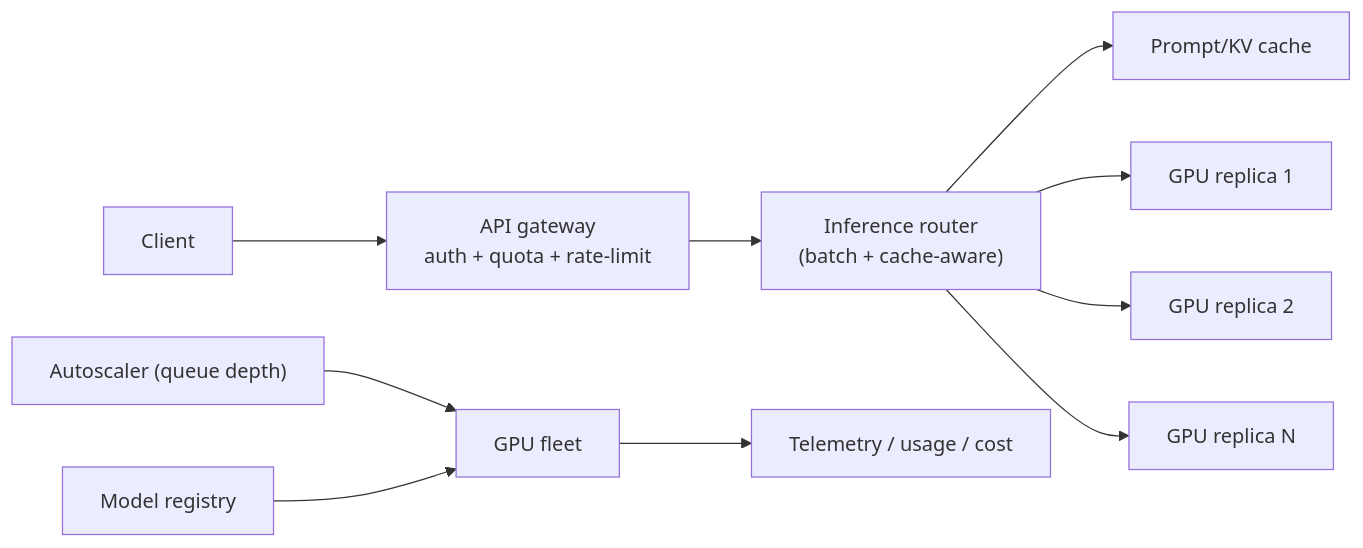
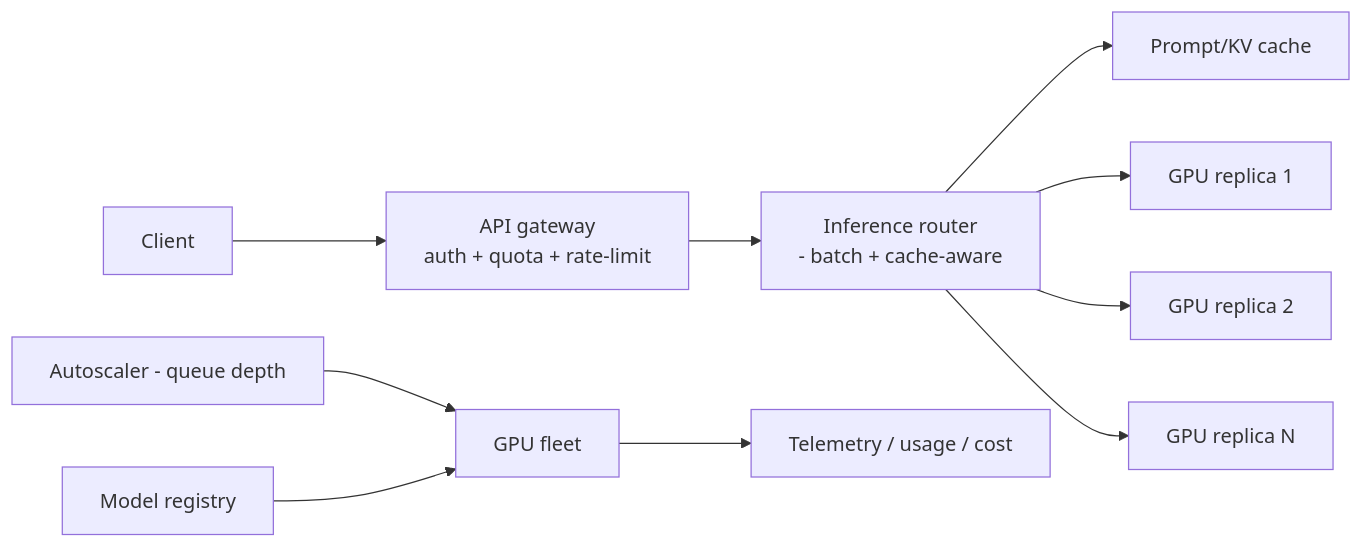
Before and after one commit to RIT-MESH/system-design-mastery: the first of 4 diagrams in case-studies/extreme/llm-inference.md, drawn with Mermaid. The commit also changed other lines of this file and 139 other files, not shown here.

First line of the commit message:
Fix Mermaid parse errors: replace parentheses in node labels across 140 files

````diff
--- a/case-studies/extreme/llm-inference.md
+++ b/case-studies/extreme/llm-inference.md
@@ -73,13 +73,13 @@
 ```mermaid
 %% created-for: system-design-mastery
 flowchart LR
   Client --> GW["API gateway<br/>auth + quota + rate-limit"]
-  GW --> Router["Inference router<br/>(batch + cache-aware)"]
+  GW --> Router["Inference router<br/> - batch + cache-aware"]
   Router --> Cache["Prompt/KV cache"]
   Router --> Rep1["GPU replica 1"]
   Router --> Rep2["GPU replica 2"]
   Router --> RepN["GPU replica N"]
-  Sched["Autoscaler (queue depth)"] --> Reps["GPU fleet"]
+  Sched["Autoscaler - queue depth"] --> Reps["GPU fleet"]
   Reg["Model registry"] --> Reps
   Reps --> Telemetry["Telemetry / usage / cost"]
 ```
````
